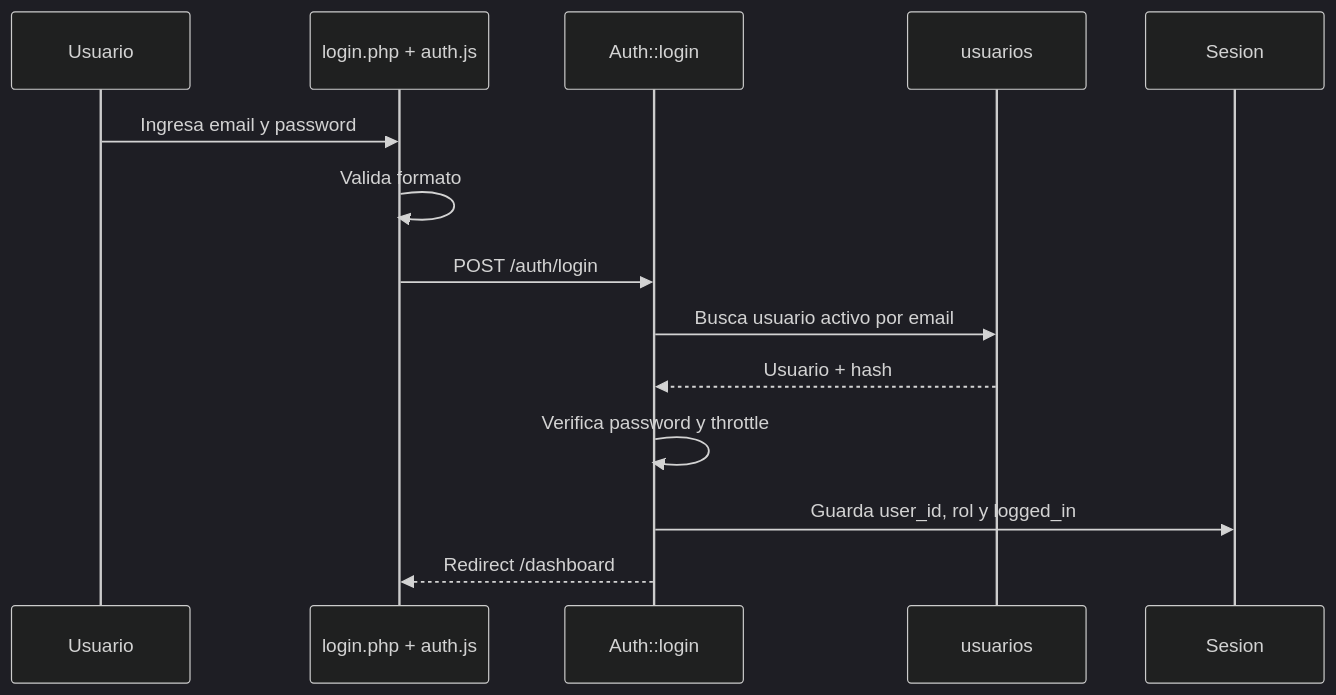
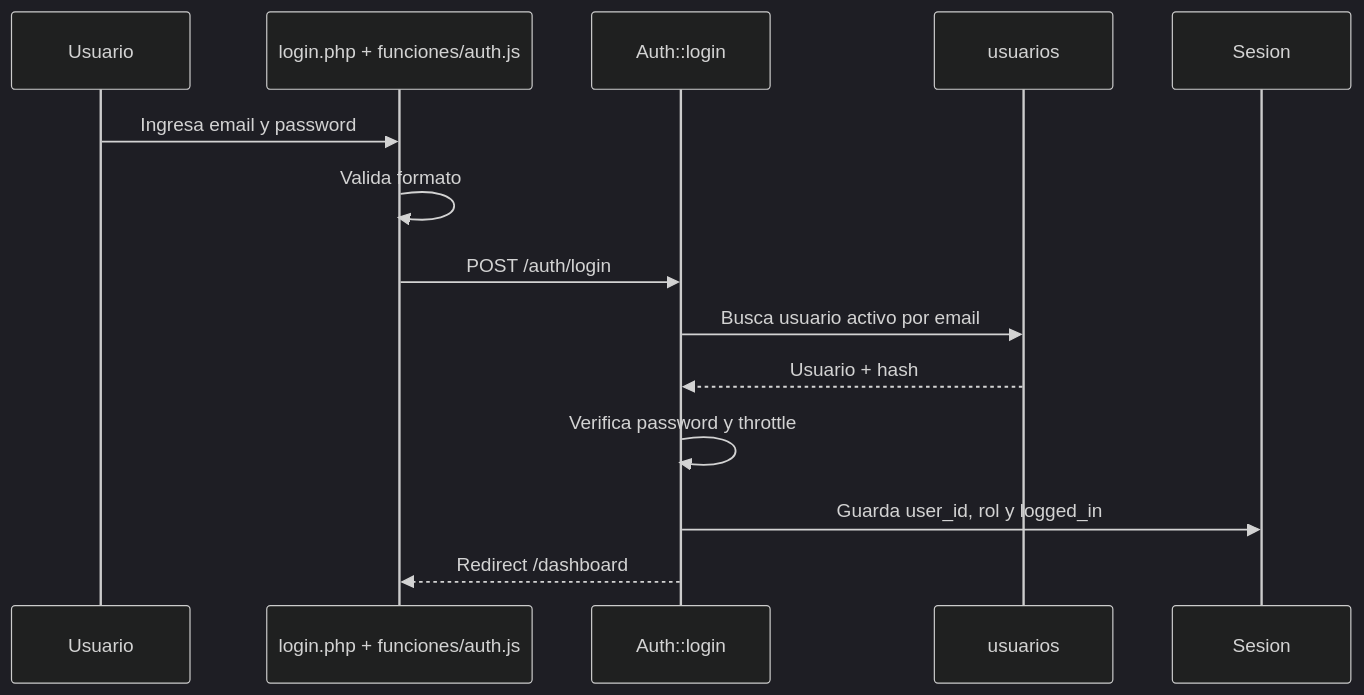
The third of 6 diagrams in FRONTEND_DOCUMENTACION.md (TuVieja22/AquaControl), drawn with Mermaid (dark theme) before and after one commit. The commit also changed other lines of this file and 86 other files, not shown here.

````diff
--- a/FRONTEND_DOCUMENTACION.md
+++ b/FRONTEND_DOCUMENTACION.md
@@ -462,16 +566,16 @@
 ```mermaid
 sequenceDiagram
     participant U as Usuario
-    participant F as login.php + auth.js
+    participant F as login.php + funciones/auth.js
     participant B as Auth::login
     participant DB as usuarios
     participant S as Sesion
     U->>F: Ingresa email y password
     F->>F: Valida formato
     F->>B: POST /auth/login
     B->>DB: Busca usuario activo por email
     DB-->>B: Usuario + hash
     B->>B: Verifica password y throttle
     B->>S: Guarda user_id, rol y logged_in
     B-->>F: Redirect /dashboard
 ```
````
